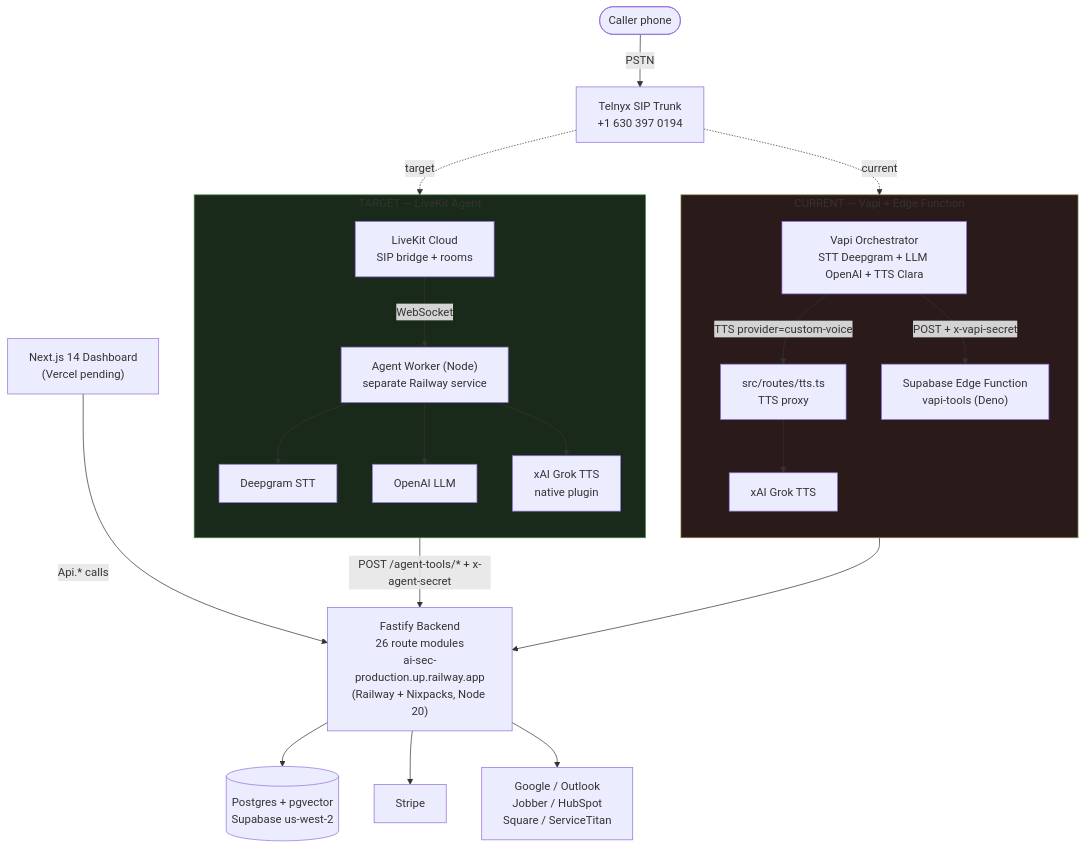
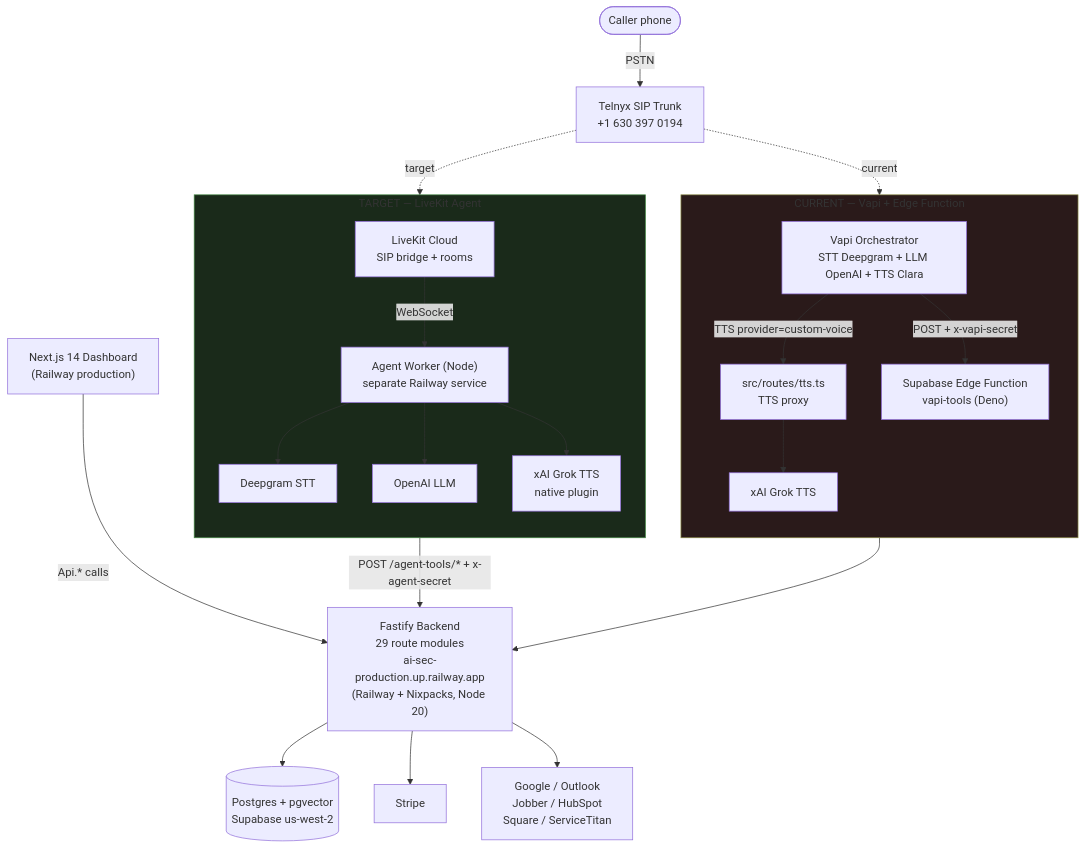
One commit to ddemott/ai-sec changed the diagram in docs/diagrams/01-deployment-topology.mmd. Above: the diagram before and after it, drawn with Mermaid. The commit also changed 49 other files, not shown here.

```diff
--- a/docs/diagrams/01-deployment-topology.mmd
+++ b/docs/diagrams/01-deployment-topology.mmd
@@ -1,49 +1,49 @@
 flowchart TB
   Caller([Caller phone])
   Telnyx["Telnyx SIP Trunk<br/>+1 630 397 0194"]
   Caller -->|PSTN| Telnyx
 
   subgraph curr["CURRENT — Vapi + Edge Function"]
     direction TB
     Vapi["Vapi Orchestrator<br/>STT Deepgram + LLM OpenAI + TTS Clara"]
     TTSProxy["src/routes/tts.ts<br/>TTS proxy"]
     XAI["xAI Grok TTS"]
     EdgeFn["Supabase Edge Function<br/>vapi-tools (Deno)"]
     Vapi -->|TTS provider=custom-voice| TTSProxy
     TTSProxy --> XAI
     Vapi -->|POST + x-vapi-secret| EdgeFn
   end
 
   subgraph tgt["TARGET — LiveKit Agent"]
     direction TB
     LiveKit["LiveKit Cloud<br/>SIP bridge + rooms"]
     Agent["Agent Worker (Node)<br/>separate Railway service"]
     DG["Deepgram STT"]
     OAI["OpenAI LLM"]
     XAINative["xAI Grok TTS<br/>native plugin"]
     LiveKit -->|WebSocket| Agent
     Agent --> DG
     Agent --> OAI
     Agent --> XAINative
   end
 
   Telnyx -.current.-> Vapi
   Telnyx -.target.-> LiveKit
 
-  Fastify["Fastify Backend<br/>26 route modules<br/>ai-sec-production.up.railway.app<br/>(Railway + Nixpacks, Node 20)"]
+  Fastify["Fastify Backend<br/>29 route modules<br/>ai-sec-production.up.railway.app<br/>(Railway + Nixpacks, Node 20)"]
 
   EdgeFn --> Fastify
   Agent -->|POST /agent-tools/* + x-agent-secret| Fastify
 
   Postgres[("Postgres + pgvector<br/>Supabase us-west-2")]
   Stripe["Stripe"]
   Integrations["Google / Outlook<br/>Jobber / HubSpot<br/>Square / ServiceTitan"]
-  Dashboard["Next.js 14 Dashboard<br/>(Vercel pending)"]
+  Dashboard["Next.js 14 Dashboard<br/>(Railway production)"]
 
   Fastify --> Postgres
   Fastify --> Stripe
   Fastify --> Integrations
   Dashboard -->|Api.* calls| Fastify
 
   style curr fill:#2a1a1a,stroke:#884
   style tgt fill:#1a2a1a,stroke:#484
```
